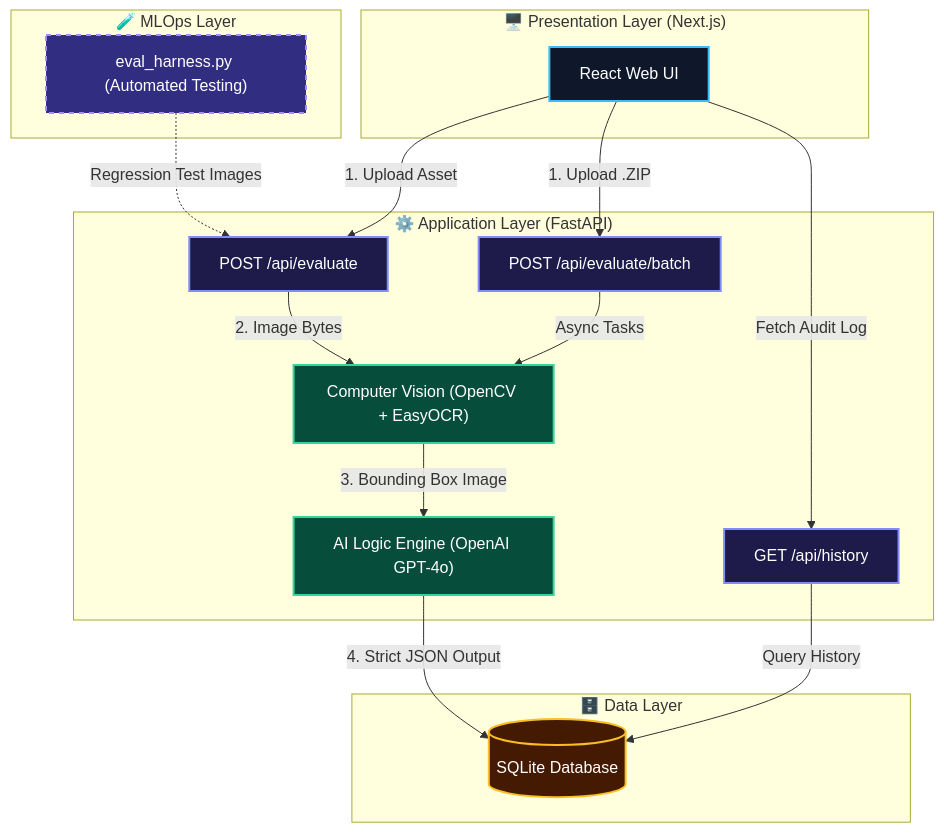
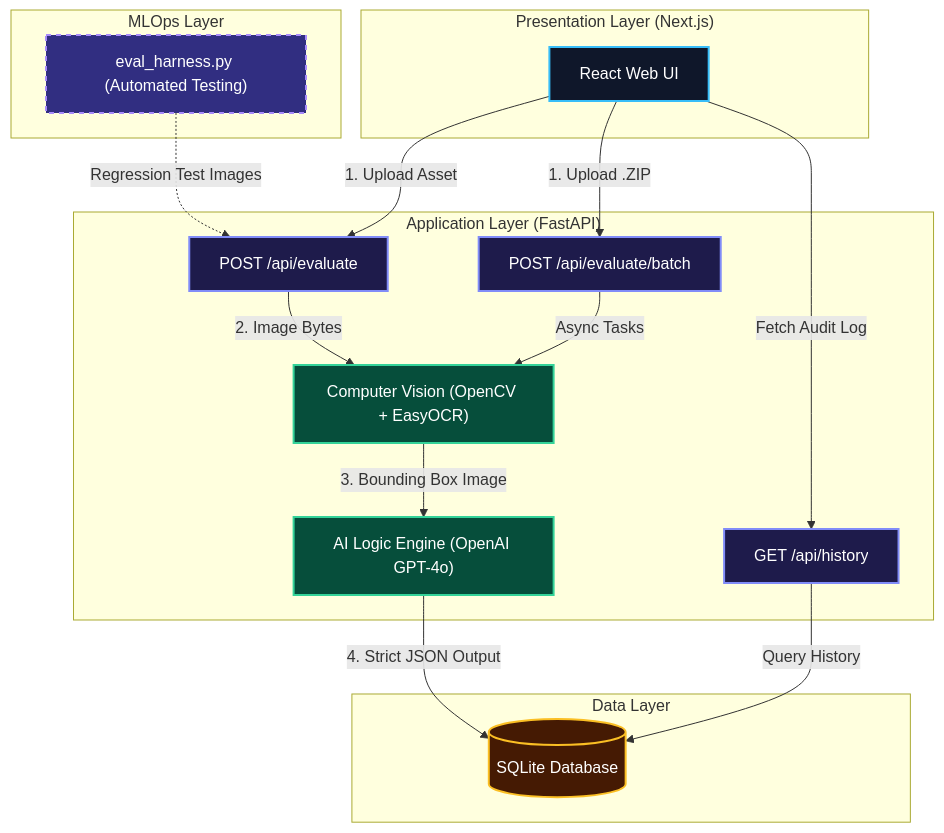
One commit to smy0401/zonnic-compliance changed the diagram in README.md. Above: the diagram before and after it, drawn with Mermaid. The commit also changed other lines of this file, not shown here.

````diff
--- a/README.md
+++ b/README.md
@@ -108,43 +106,43 @@
 ```mermaid
 graph TD
     classDef frontend fill:#0f172a,stroke:#38bdf8,stroke-width:2px,color:#fff;
     classDef backend fill:#1e1b4b,stroke:#818cf8,stroke-width:2px,color:#fff;
     classDef ai fill:#064e3b,stroke:#34d399,stroke-width:2px,color:#fff;
     classDef db fill:#451a03,stroke:#fbbf24,stroke-width:2px,color:#fff;
     classDef mlops fill:#312e81,stroke:#a78bfa,stroke-width:2px,color:#fff,stroke-dasharray: 5 5;
 
-    subgraph Client ["🖥️ Presentation Layer (Next.js)"]
+    subgraph Client [" Presentation Layer (Next.js)"]
         UI["React Web UI"]:::frontend
     end
 
-    subgraph Server ["⚙️ Application Layer (FastAPI)"]
+    subgraph Server [" Application Layer (FastAPI)"]
         API_EVAL["POST /api/evaluate"]:::backend
         API_BATCH["POST /api/evaluate/batch"]:::backend
         API_HIST["GET /api/history"]:::backend
         
         CV["Computer Vision (OpenCV + EasyOCR)"]:::ai
         LLM["AI Logic Engine (OpenAI GPT-4o)"]:::ai
     end
 
-    subgraph Storage ["🗄️ Data Layer"]
+    subgraph Storage [" Data Layer"]
         SQL[("SQLite Database")]:::db
     end
 
-    subgraph Testing ["🧪 MLOps Layer"]
+    subgraph Testing [" MLOps Layer"]
         EVAL["eval_harness.py (Automated Testing)"]:::mlops
     end
 
     UI -->|1. Upload Asset| API_EVAL
     UI -->|1. Upload .ZIP| API_BATCH
     UI -->|Fetch Audit Log| API_HIST
     
     API_EVAL -->|2. Image Bytes| CV
     API_BATCH -->|Async Tasks| CV
     
     CV -->|3. Bounding Box Image| LLM
     LLM -->|4. Strict JSON Output| SQL
     
     API_HIST -->|Query History| SQL
     
     EVAL -.->|Regression Test Images| API_EVAL
 ```
````
